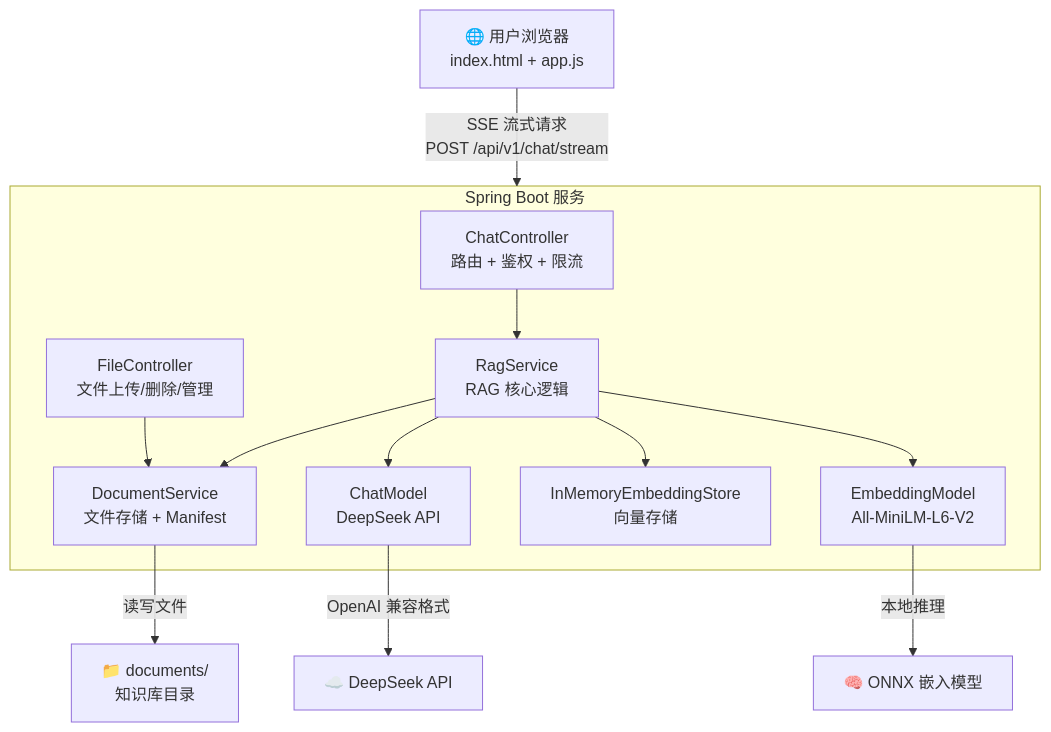
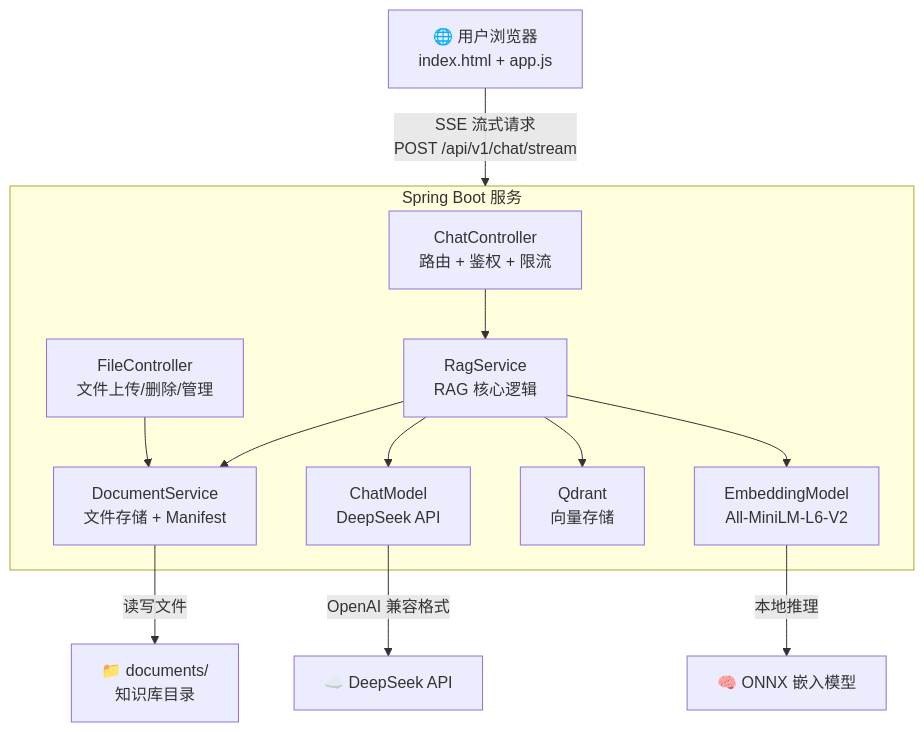
One commit to klaybloom/DocuMind changed the first of 2 diagrams in README.md. Above: the diagram before and after it, drawn with Mermaid. The commit also changed other lines of this file and 32 other files, not shown here.

````diff
--- a/README.md
+++ b/README.md
@@ -12,19 +12,19 @@
 ```mermaid
 graph TD
     A["🌐 用户浏览器<br/>index.html + app.js"] -->|"SSE 流式请求<br/>POST /api/v1/chat/stream"| B["Spring Boot 服务"]
 
     subgraph B ["Spring Boot 服务"]
         C["ChatController<br/>路由 + 鉴权 + 限流"]
         D["FileController<br/>文件上传/删除/管理"]
         C --> E["RagService<br/>RAG 核心逻辑"]
         D --> F["DocumentService<br/>文件存储 + Manifest"]
         E --> G["EmbeddingModel<br/>All-MiniLM-L6-V2"]
-        E --> H["InMemoryEmbeddingStore<br/>向量存储"]
+        E --> H["Qdrant<br/>向量存储"]
         E --> I["ChatModel<br/>DeepSeek API"]
         E --> F
     end
 
     I -->|"OpenAI 兼容格式"| J["☁️ DeepSeek API"]
     F -->|"读写文件"| K["📁 documents/<br/>知识库目录"]
     G -->|"本地推理"| L["🧠 ONNX 嵌入模型"]
 ```
````
